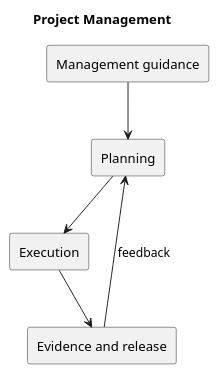
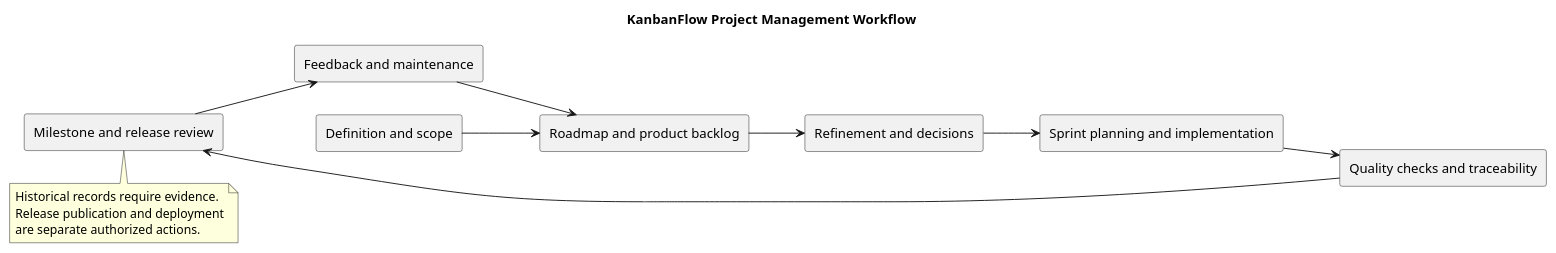
Before and after one commit to Farhad-Valizadegan/Web-KanbanFlow: the diagram in docs/Project-Management/README.md, drawn with PlantUML. The commit also changed other lines of this file and 2 other files, not shown here.

Commit message:
docs: complete project management index and workflow

````diff
--- a/docs/Project-Management/README.md
+++ b/docs/Project-Management/README.md
@@ -35,13 +106,25 @@
 ```plantuml
 @startuml
-title Project Management
-rectangle "Management guidance" as M
-rectangle "Planning" as P
-rectangle "Execution" as E
-rectangle "Evidence and release" as R
-M --> P
-P --> E
-E --> R
-R --> P : feedback
+title KanbanFlow Project Management Workflow
+left to right direction
+rectangle "Definition and scope" as D
+rectangle "Roadmap and product backlog" as B
+rectangle "Refinement and decisions" as R
+rectangle "Sprint planning and implementation" as S
+rectangle "Quality checks and traceability" as Q
+rectangle "Milestone and release review" as M
+rectangle "Feedback and maintenance" as F
+D --> B
+B --> R
+R --> S
+S --> Q
+Q --> M
+M --> F
+F --> B
+note bottom of M
+Historical records require evidence.
+Release publication and deployment
+are separate authorized actions.
+end note
 @enduml
 ```
````
